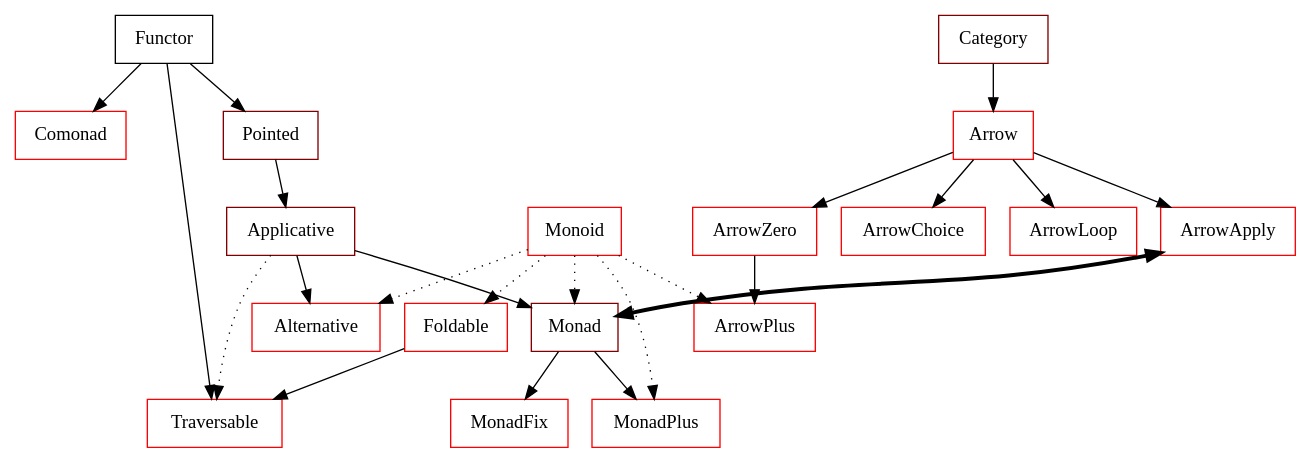
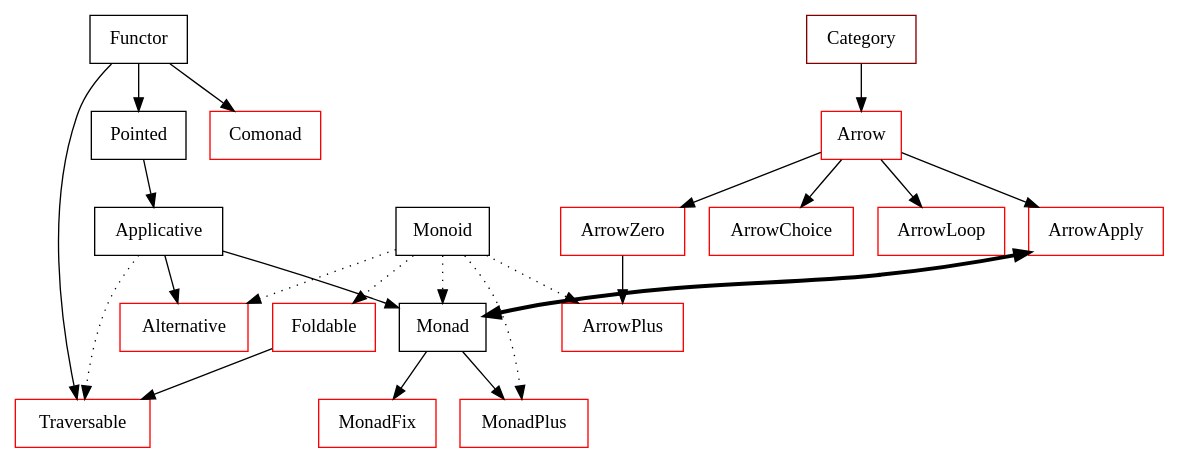
Before and after one commit to glug/coq-classtests: the diagram in deps.dot, drawn with Graphviz. The commit also changed other lines of this file and 5 other files, not shown here.

```diff
--- a/deps.dot
+++ b/deps.dot
@@ -1,65 +1,65 @@
 /* dependencies between different Type Classes */
 /* vim: set tw=76 ts=4 et : */
 digraph TypeClasses {
 
     node [shape="box"];
     /* missing */
     node [color="#ff0000"];
+    ArrowApply;
     Comonad;
-    Monoid;
     Alternative;
     Foldable;
     Arrow;
     ArrowZero;
     ArrowPlus;
     Traversable;
     MonadFix;
     MonadPlus;
     ArrowChoice;
     ArrowLoop;
-    ArrowApply;
     /* partially done */
     node [color="#800000"];
     Category;
-    Pointed;
-    Applicative;
-    Monad;
     /* done */
     node [color="black"];
+    Applicative;
     Functor;
+    Monad;
+    Monoid;
+    Pointed;
 
     /* deps */
     Functor -> Pointed;
     Functor -> Comonad;
     Functor -> Traversable;
 
     Pointed -> Applicative;
 
     Applicative -> Alternative;
     Applicative -> Monad;
     Applicative -> Traversable [style="dotted"];
 
     Monad -> MonadFix;
     Monad -> MonadPlus;
     Monad -> ArrowApply [dir="both",penwidth=3.0,constraint="false"];
 
     Category -> Arrow;
 
     Arrow -> ArrowZero;
     Arrow -> ArrowApply;
     Arrow -> ArrowChoice;
     Arrow -> ArrowLoop;
 
     ArrowZero -> ArrowPlus;
 
     Foldable -> Traversable;
 
     edge [style="dotted"];
 
     Monoid -> Alternative;
     Monoid -> Foldable;
     Monoid -> Monad;
     Monoid -> MonadPlus;
     Monoid -> ArrowPlus;
 
 }
```
